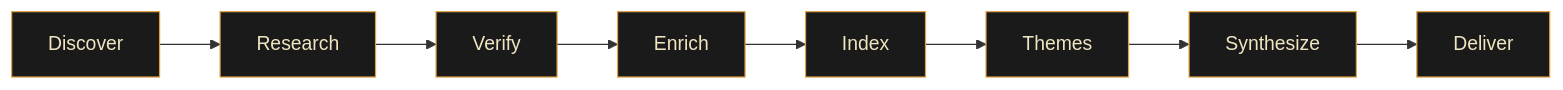
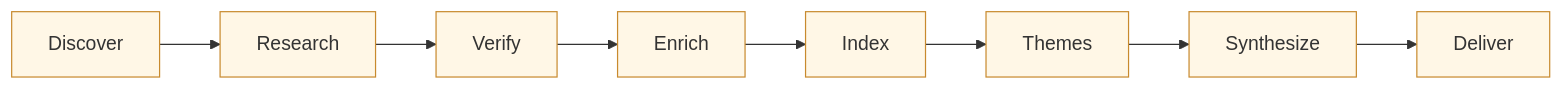
The first of 2 diagrams in README.md (mpacione/recon), drawn with Mermaid before and after one commit. The commit also changed other lines of this file, not shown here.

Commit message:
docs: switch Mermaid diagrams to light theme

````diff
--- a/README.md
+++ b/README.md
@@ -47,19 +47,19 @@
 ```mermaid
 graph LR
     A[Discover] --> B[Research]
     B --> C[Verify]
     C --> D[Enrich]
     D --> E[Index]
     E --> F[Themes]
     F --> G[Synthesize]
     G --> H[Deliver]
 
-    style A fill:#1a1a1a,stroke:#e0a044,color:#efe5c0
-    style B fill:#1a1a1a,stroke:#e0a044,color:#efe5c0
-    style C fill:#1a1a1a,stroke:#e0a044,color:#efe5c0
-    style D fill:#1a1a1a,stroke:#e0a044,color:#efe5c0
-    style E fill:#1a1a1a,stroke:#e0a044,color:#efe5c0
-    style F fill:#1a1a1a,stroke:#e0a044,color:#efe5c0
-    style G fill:#1a1a1a,stroke:#e0a044,color:#efe5c0
-    style H fill:#1a1a1a,stroke:#e0a044,color:#efe5c0
+    style A fill:#fff7e6,stroke:#c88a2e,color:#333
+    style B fill:#fff7e6,stroke:#c88a2e,color:#333
+    style C fill:#fff7e6,stroke:#c88a2e,color:#333
+    style D fill:#fff7e6,stroke:#c88a2e,color:#333
+    style E fill:#fff7e6,stroke:#c88a2e,color:#333
+    style F fill:#fff7e6,stroke:#c88a2e,color:#333
+    style G fill:#fff7e6,stroke:#c88a2e,color:#333
+    style H fill:#fff7e6,stroke:#c88a2e,color:#333
 ```
````
